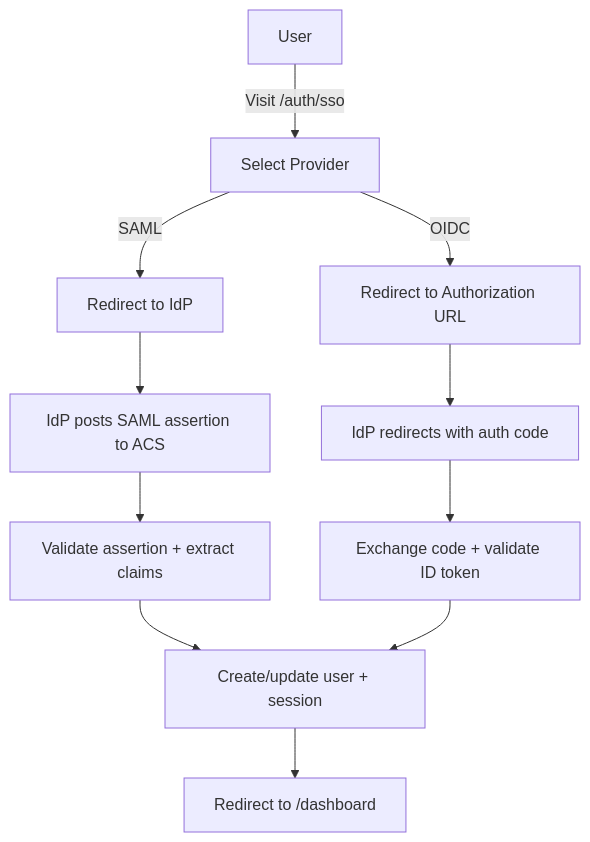
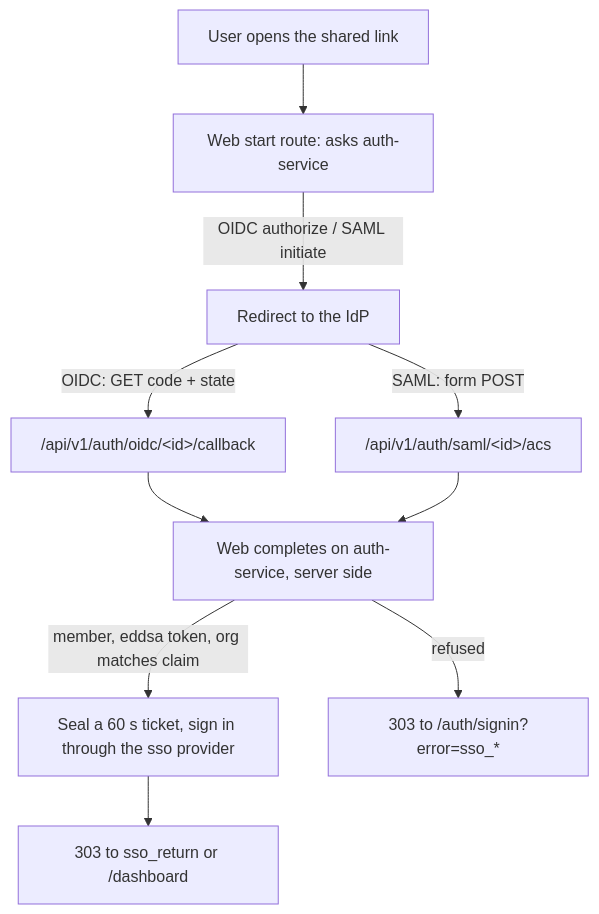
Before and after one commit to full-chaos/dev-health-web: diagram 11 of 16 in docs/auth-system.md, drawn with Mermaid. The commit also changed other lines of this file and 14 other files, not shown here.

First line of the commit message:
feat(auth): CHAOS-13035 add the web SSO routes, sign-in entry and endpoint-profile rows, dark

````diff
--- a/docs/auth-system.md
+++ b/docs/auth-system.md
@@ -451,13 +457,12 @@
 ```mermaid
 flowchart TD
-    U[User] -->|Visit /auth/sso| SP[Select Provider]
-    SP -->|SAML| SR[Redirect to IdP]
-    SP -->|OIDC| OR[Redirect to Authorization URL]
-    SR --> SAR[IdP posts SAML assertion to ACS]
-    OR --> OCR[IdP redirects with auth code]
-    SAR --> V1[Validate assertion + extract claims]
-    OCR --> V2[Exchange code + validate ID token]
-    V1 --> S[Create/update user + session]
-    V2 --> S
-    S --> D[Redirect to /dashboard]
+    U[User opens the shared link] --> ST[Web start route: asks auth-service]
+    ST -->|OIDC authorize / SAML initiate| IDP[Redirect to the IdP]
+    IDP -->|OIDC: GET code + state| CB["/api/v1/auth/oidc/&lt;id&gt;/callback"]
+    IDP -->|SAML: form POST| ACS["/api/v1/auth/saml/&lt;id&gt;/acs"]
+    CB --> C[Web completes on auth-service, server side]
+    ACS --> C
+    C -->|member, eddsa token, org matches claim| T[Seal a 60 s ticket, sign in through the sso provider]
+    T --> D[303 to sso_return or /dashboard]
+    C -->|refused| E["303 to /auth/signin?error=sso_*"]
 ```
````
